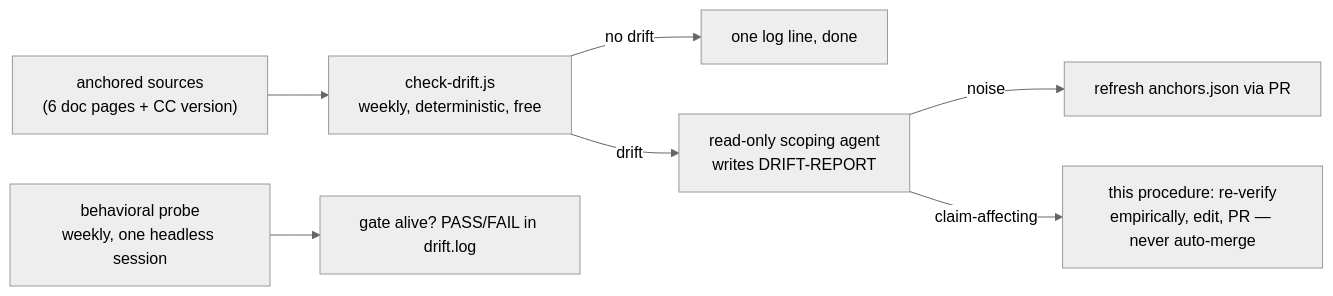
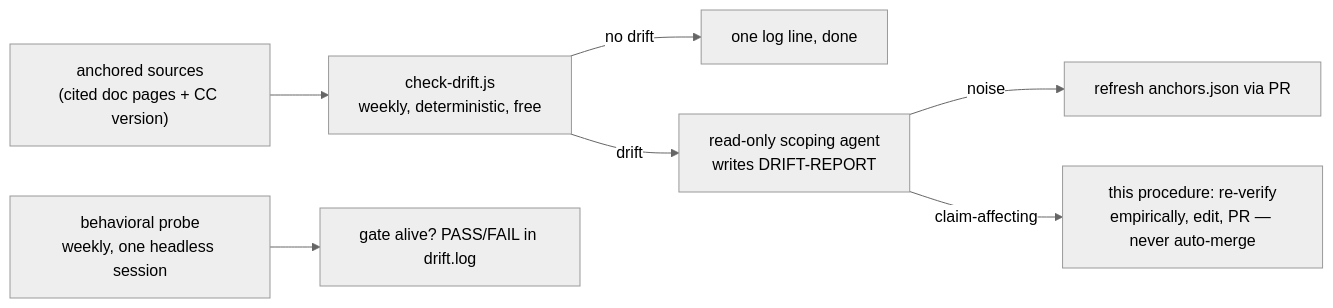
Before and after one commit to TheRealBillSiegler/siegler-plugins: the diagram in docs/REMEDIATION.md, drawn with Mermaid (neutral theme). The commit also changed other lines of this file and 4 other files, not shown here.

````diff
--- a/docs/REMEDIATION.md
+++ b/docs/REMEDIATION.md
@@ -9,9 +9,9 @@
 ```mermaid
 flowchart LR
-    SRC["anchored sources<br>(6 doc pages + CC version)"] --> CHK["check-drift.js<br>weekly, deterministic, free"]
+    SRC["anchored sources<br>(cited doc pages + CC version)"] --> CHK["check-drift.js<br>weekly, deterministic, free"]
     CHK -- "no drift" --> LOG["one log line, done"]
     CHK -- "drift" --> SCOPE["read-only scoping agent<br>writes DRIFT-REPORT"]
     SCOPE -- "noise" --> UPD["refresh anchors.json via PR"]
     SCOPE -- "claim-affecting" --> REM["this procedure: re-verify<br>empirically, edit, PR — never auto-merge"]
     PRB["behavioral probe<br>weekly, one headless session"] --> PP["gate alive? PASS/FAIL in drift.log"]
 ```
````
